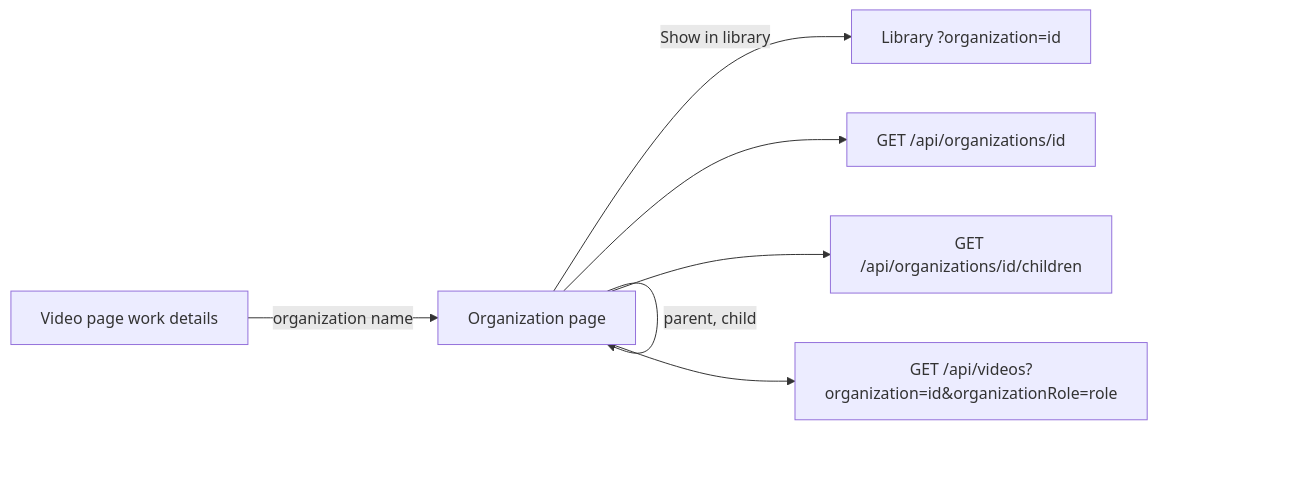
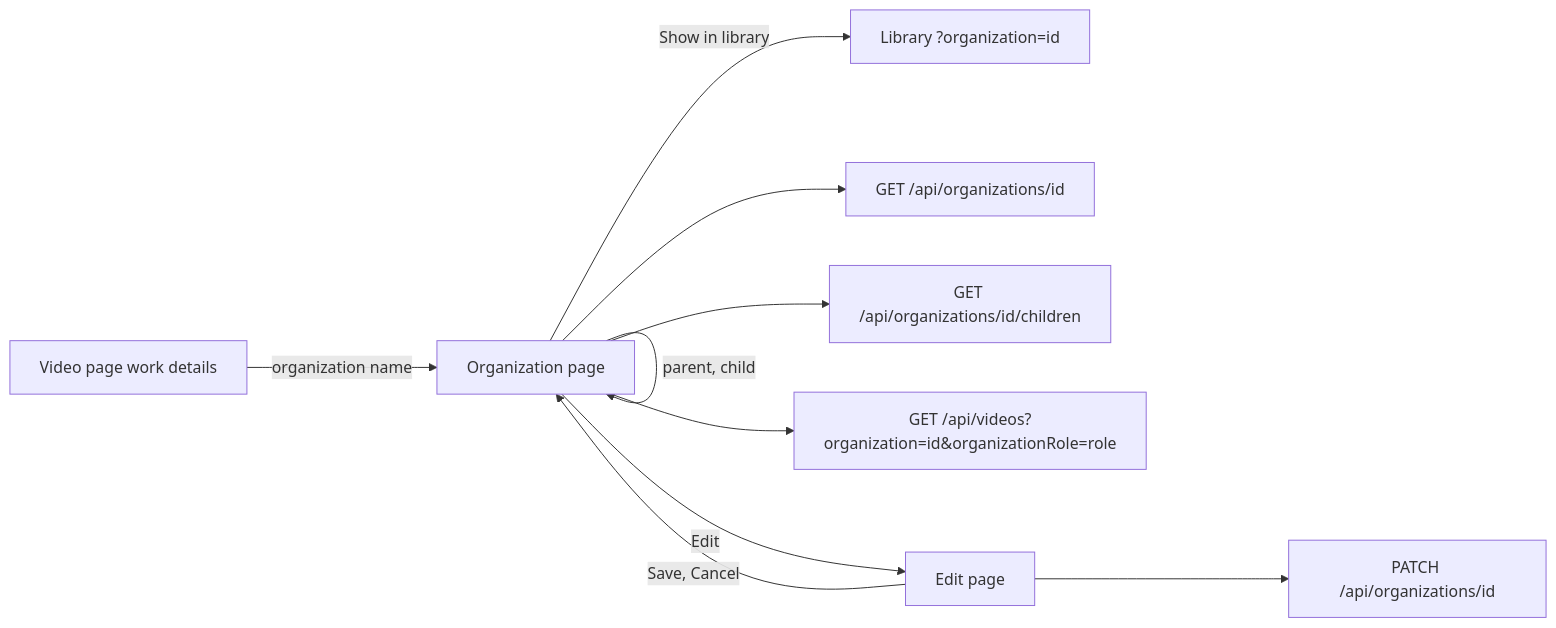
One commit to syudead/vv changed the diagram in docs/design-docs/organizations.md. Above: the diagram before and after it, drawn with Mermaid. The commit also changed other lines of this file and 19 other files, not shown here.

First line of the commit message:
Edit an organization on its own edit page

````diff
--- a/docs/design-docs/organizations.md
+++ b/docs/design-docs/organizations.md
@@ -12,9 +12,12 @@
 ```mermaid
 flowchart LR
   video[Video page work details] -->|organization name| page[Organization page]
   page -->|parent, child| page
   page -->|Show in library| library["Library ?organization=id"]
+  page -->|Edit| edit[Edit page]
+  edit -->|Save, Cancel| page
+  edit --> patch[PATCH /api/organizations/id]
   page --> one[GET /api/organizations/id]
   page --> children[GET /api/organizations/id/children]
   page --> videos[GET /api/videos?organization=id&organizationRole=role]
 ```
````
